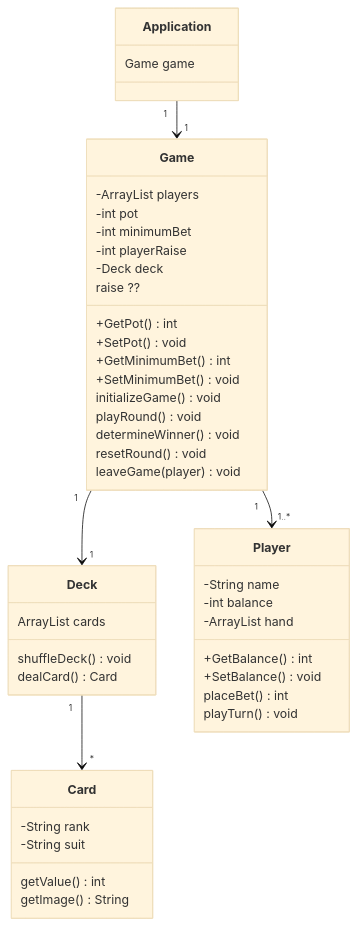
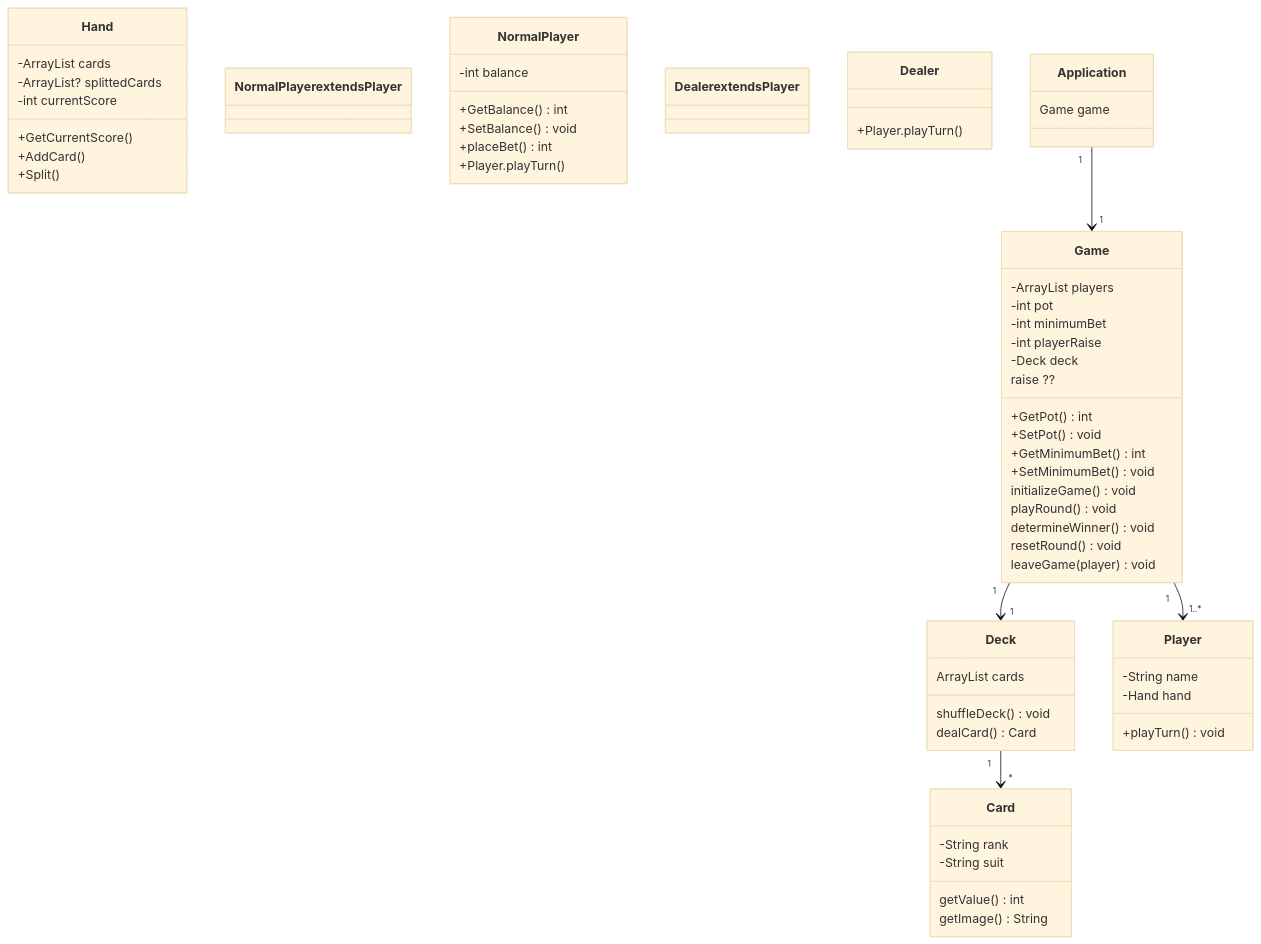
The diagram in project management/technical documentation/Class Diagramm.md (KIskvc/KRAcH), drawn with Mermaid (base theme) before and after one commit. The commit also changed 1 other file, not shown here.

Commit message:
Refined class diagramm

````diff
--- a/project management/technical documentation/Class Diagramm.md
+++ b/project management/technical documentation/Class Diagramm.md
@@ -3,50 +3,64 @@
 ```mermaid
 classDiagram
 	class Card
 	Card : -String rank
 	Card : -String suit
 	Card : getValue() int
 	Card : getImage() String
 
 	class Deck
 	Deck : ArrayList<Card> cards
 	Deck : shuffleDeck() void
 	Deck : dealCard() Card
 
 	Deck "1" --> "*" Card
+
+	class Hand
+	Hand : -ArrayList<Cards> cards
+	Hand : -ArrayList<Cards>? splittedCards
+	Hand : -int currentScore
+	Hand : +GetCurrentScore()
+	Hand : +AddCard()
+	Hand : +Split()	
 	
 	class Player
 	Player : -String name
-	Player : -int balance
-	Player : -ArrayList<Card> hand
-	Player : +GetBalance() int
-	Player : +SetBalance() void
-	Player : placeBet() int
-	Player : playTurn () void
+	Player : -Hand hand
+	Player : +playTurn () void
+	
+	class NormalPlayer extends Player
+	NormalPlayer : -int balance
+	NormalPlayer : +GetBalance() int
+	NormalPlayer : +SetBalance() void
+	NormalPlayer : +placeBet() int
+	NormalPlayer : +Player.playTurn()
+
+	class Dealer extends Player
+	Dealer : +Player.playTurn()
 
 	class Game
 	Game : -ArrayList<Player> players
 	Game : -int pot
 	Game : -int minimumBet
 	Game : -int playerRaise
 	Game : -Deck deck
 	Game : +GetPot() int
 	Game : +SetPot() void
 	Game : +GetMinimumBet() int
 	Game : +SetMinimumBet() void
 	Game : raise ??
 	Game : initializeGame() void
 	Game : playRound() void
 	Game : determineWinner() void
 	Game : resetRound() void
 	Game : leaveGame(player) void	
 
 	Game "1" --> "1..*" Player
 	Game "1" --> "1" Deck
 
 	class Application
 	Application : Game game
 
 	Application "1" --> "1" Game
 	
 ```
````
